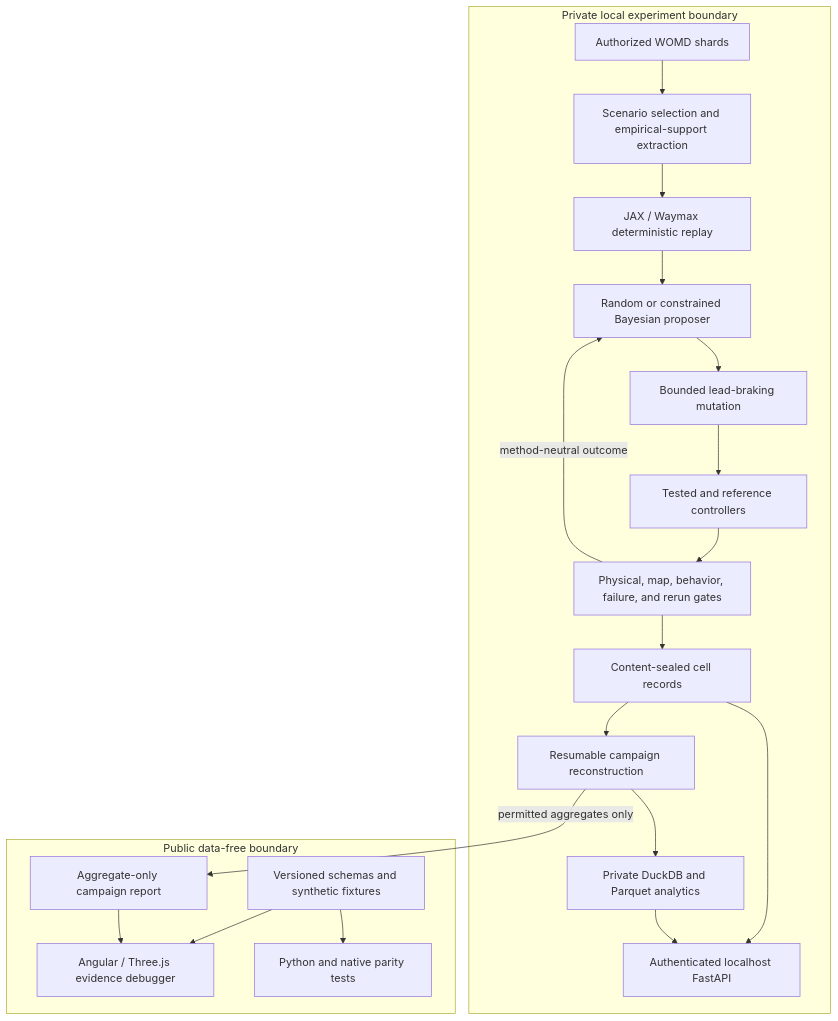
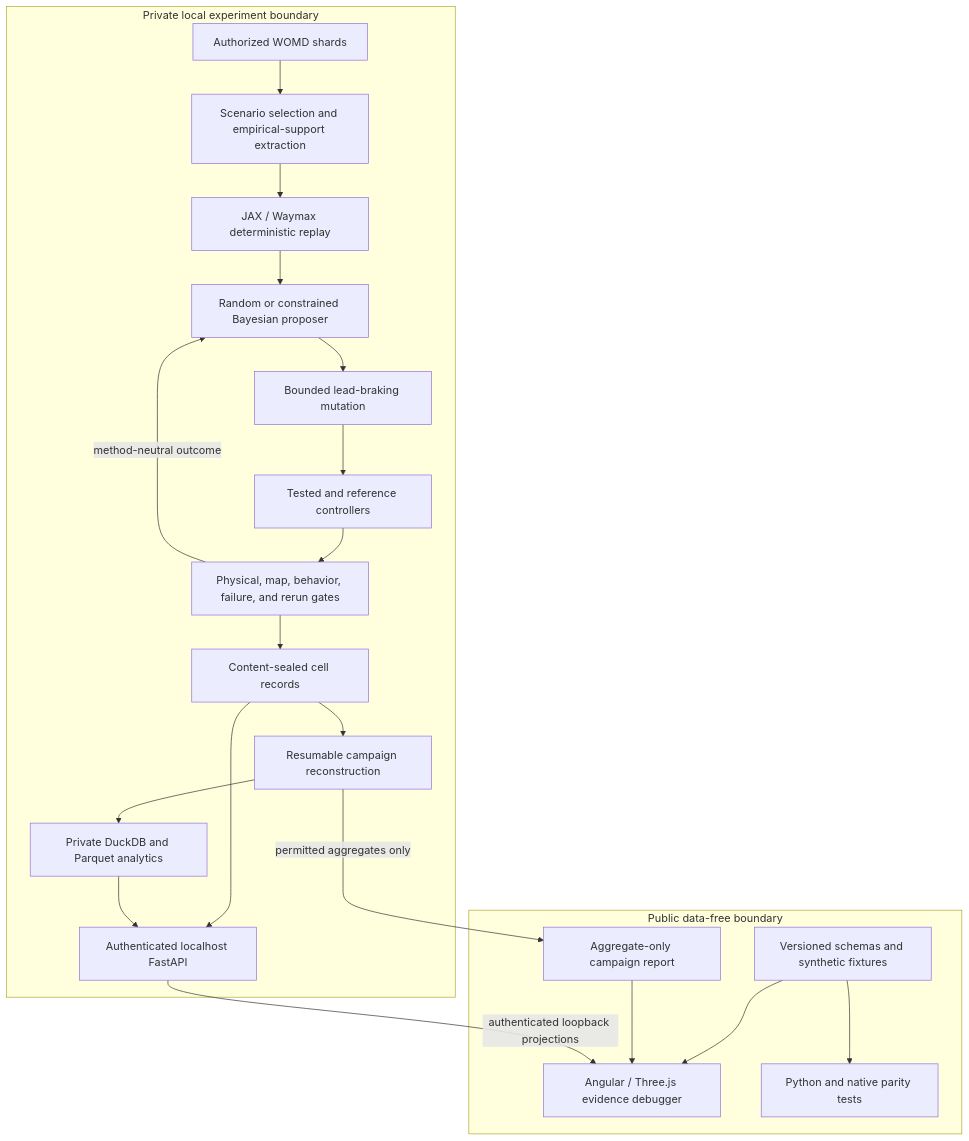
The diagram in docs/architecture.md (ethanvillalovoz/planmargin), drawn with Mermaid before and after one commit. The commit also changed other lines of this file and 27 other files, not shown here.

````diff
--- a/docs/architecture.md
+++ b/docs/architecture.md
@@ -11,29 +11,30 @@
 ```mermaid
 flowchart TB
     subgraph P["Private local experiment boundary"]
         A["Authorized WOMD shards"] --> B["Scenario selection and empirical-support extraction"]
         B --> C["JAX / Waymax deterministic replay"]
         C --> G["Random or constrained Bayesian proposer"]
         G --> D["Bounded lead-braking mutation"]
         D --> E["Tested and reference controllers"]
         E --> F["Physical, map, behavior, failure, and rerun gates"]
         F -->|"method-neutral outcome"| G
         F --> H["Content-sealed cell records"]
         H --> I["Resumable campaign reconstruction"]
         I --> J["Private DuckDB and Parquet analytics"]
         H --> O["Authenticated localhost FastAPI"]
         J --> O
     end
 
     subgraph U["Public data-free boundary"]
         K["Versioned schemas and synthetic fixtures"]
         L["Aggregate-only campaign report"]
         M["Angular / Three.js evidence debugger"]
         N["Python and native parity tests"]
         K --> M
         L --> M
         K --> N
     end
 
     I -->|"permitted aggregates only"| L
+    O -->|"authenticated loopback projections"| M
 ```
````
